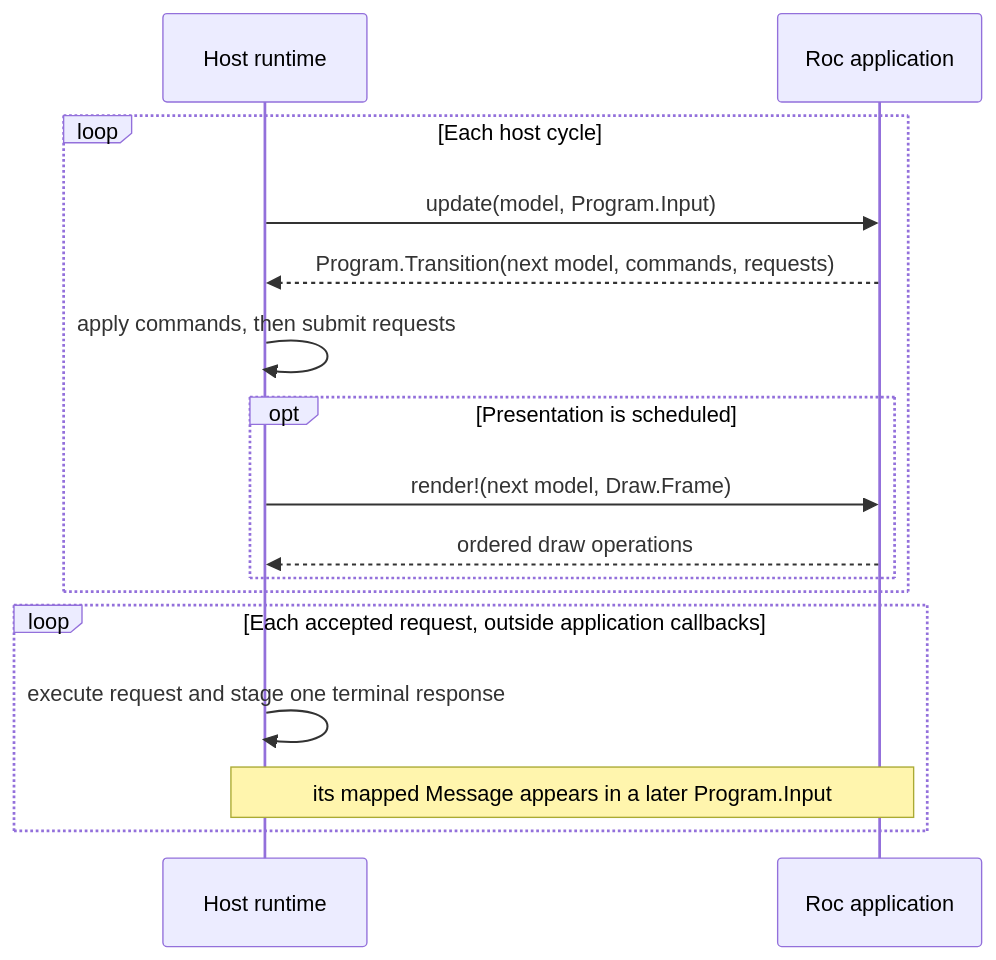
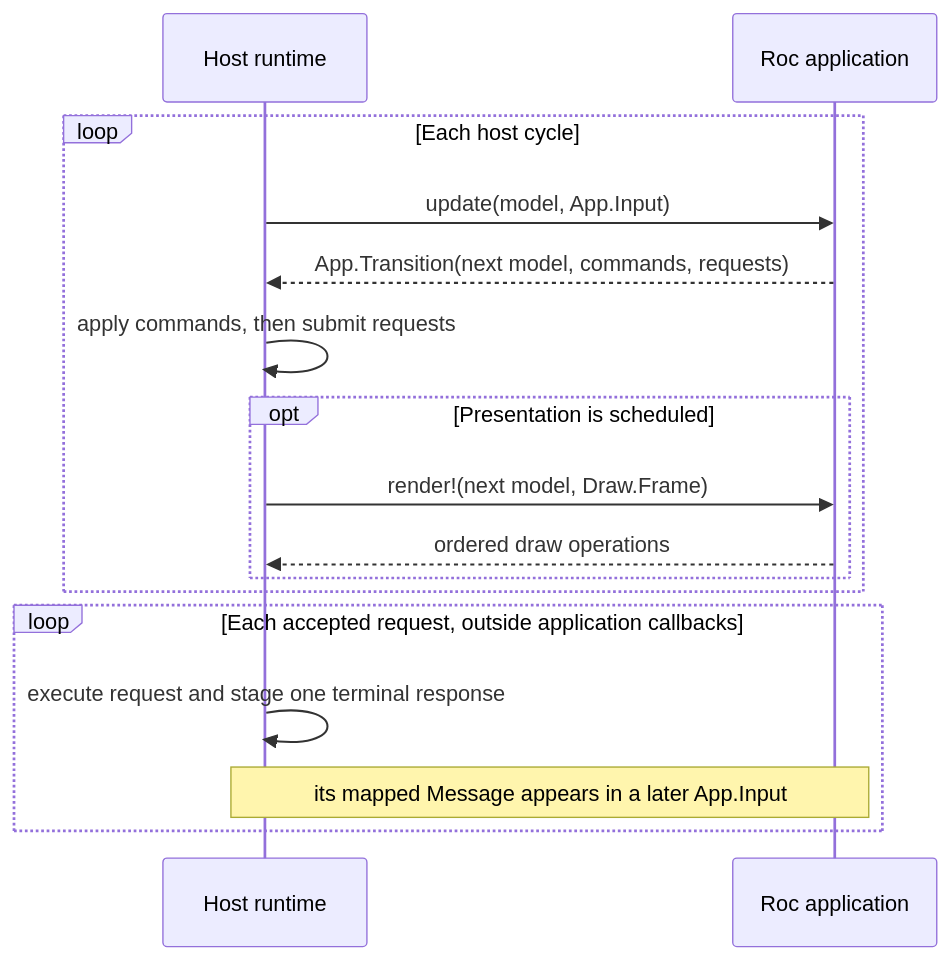
Before and after one commit to lukewilliamboswell/roc-ray: the diagram in design.md, drawn with Mermaid. The commit also changed other lines of this file and 80 other files, not shown here.

Commit message:
Migrate RocRay to the App architecture

````diff
--- a/design.md
+++ b/design.md
@@ -209,20 +209,20 @@
 ```mermaid
 sequenceDiagram
     participant Host as Host runtime
     participant App as Roc application
 
     loop Each host cycle
-        Host->>App: update(model, Program.Input)
-        App-->>Host: Program.Transition(next model, commands, requests)
+        Host->>App: update(model, App.Input)
+        App-->>Host: App.Transition(next model, commands, requests)
         Host->>Host: apply commands, then submit requests
         opt Presentation is scheduled
             Host->>App: render!(next model, Draw.Frame)
             App-->>Host: ordered draw operations
         end
     end
 
     loop Each accepted request, outside application callbacks
         Host->>Host: execute request and stage one terminal response
-        Note over Host,App: its mapped Message appears in a later Program.Input
+        Note over Host,App: its mapped Message appears in a later App.Input
     end
 ```
````
